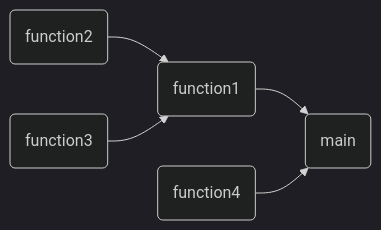
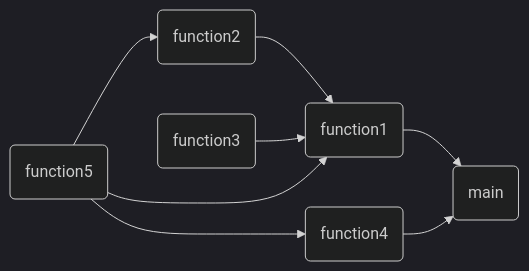
The diagram in README.md (SchardtS/ProjectTemplate), drawn with Mermaid (dark theme) before and after one commit.

````diff
--- a/README.md
+++ b/README.md
@@ -48,7 +48,10 @@
 ```mermaid
     graph LR
         B(function1) --> A(main)
         C(function2) --> B
         D(function3) --> B
         E(function4) --> A
+        F(function5) --> B
+        F --> C
+        F --> E
 ```
````
